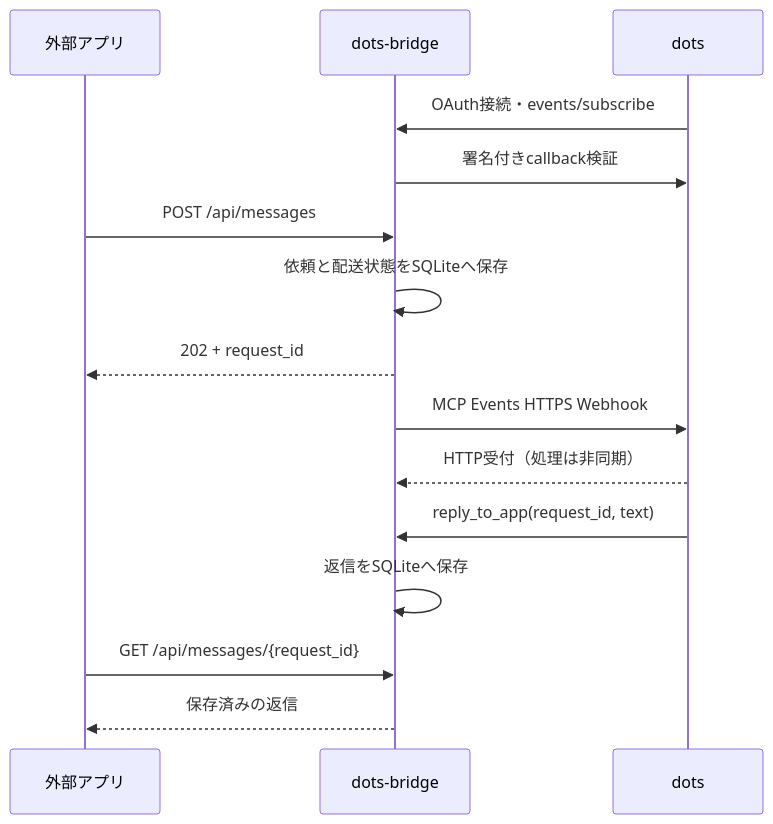
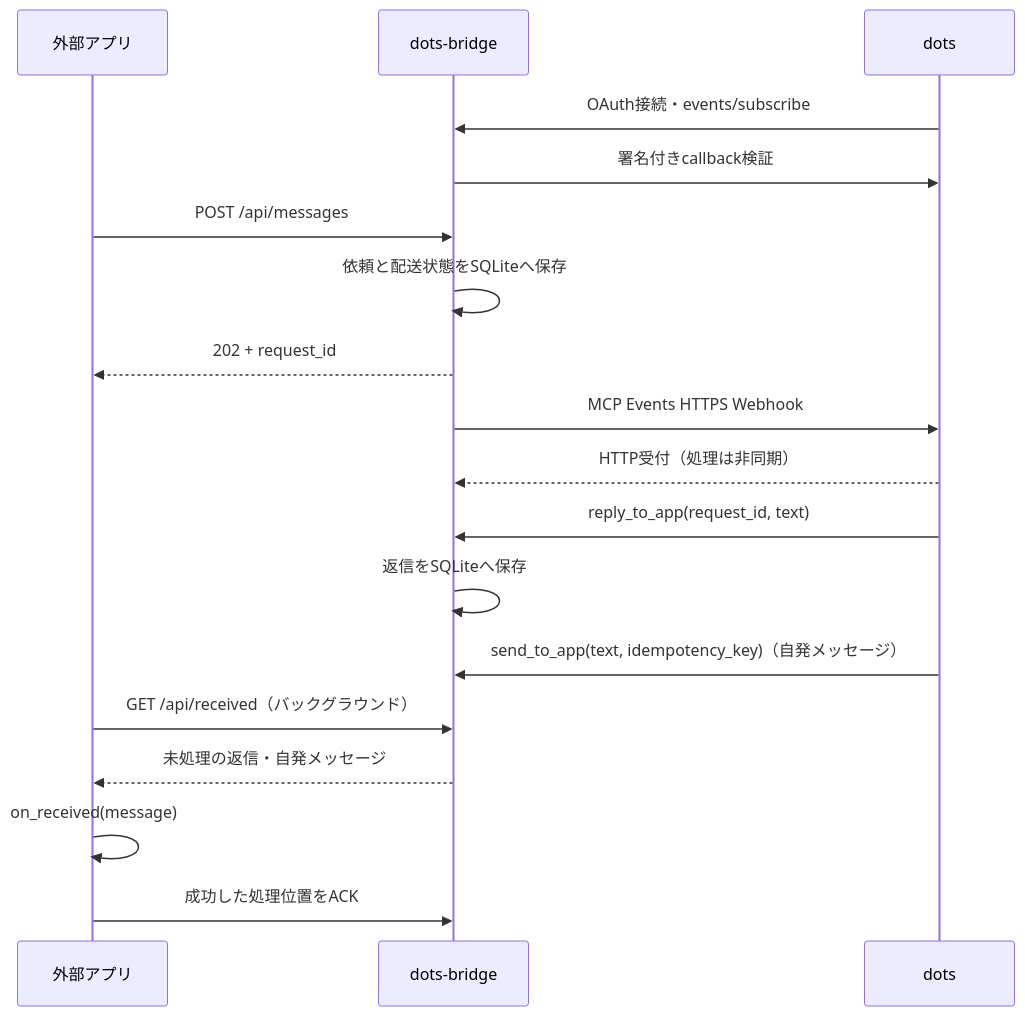
Before and after one commit to Phoobobo/dots-tunnel-bridge: the diagram in README.md, drawn with Mermaid. The commit also changed other lines of this file and 17 other files, not shown here.

Commit message:
Add background received callbacks and unsolicited dots messages

````diff
--- a/README.md
+++ b/README.md
@@ -6,17 +6,20 @@
 ```mermaid
 sequenceDiagram
     participant App as 外部アプリ
     participant Bridge as dots-bridge
     participant Dot as dots
     Dot->>Bridge: OAuth接続・events/subscribe
     Bridge->>Dot: 署名付きcallback検証
     App->>Bridge: POST /api/messages
     Bridge->>Bridge: 依頼と配送状態をSQLiteへ保存
     Bridge-->>App: 202 + request_id
     Bridge->>Dot: MCP Events HTTPS Webhook
     Dot-->>Bridge: HTTP受付（処理は非同期）
     Dot->>Bridge: reply_to_app(request_id, text)
     Bridge->>Bridge: 返信をSQLiteへ保存
-    App->>Bridge: GET /api/messages/{request_id}
-    Bridge-->>App: 保存済みの返信
+    Dot->>Bridge: send_to_app(text, idempotency_key)（自発メッセージ）
+    App->>Bridge: GET /api/received（バックグラウンド）
+    Bridge-->>App: 未処理の返信・自発メッセージ
+    App->>App: on_received(message)
+    App->>Bridge: 成功した処理位置をACK
 ```
````
